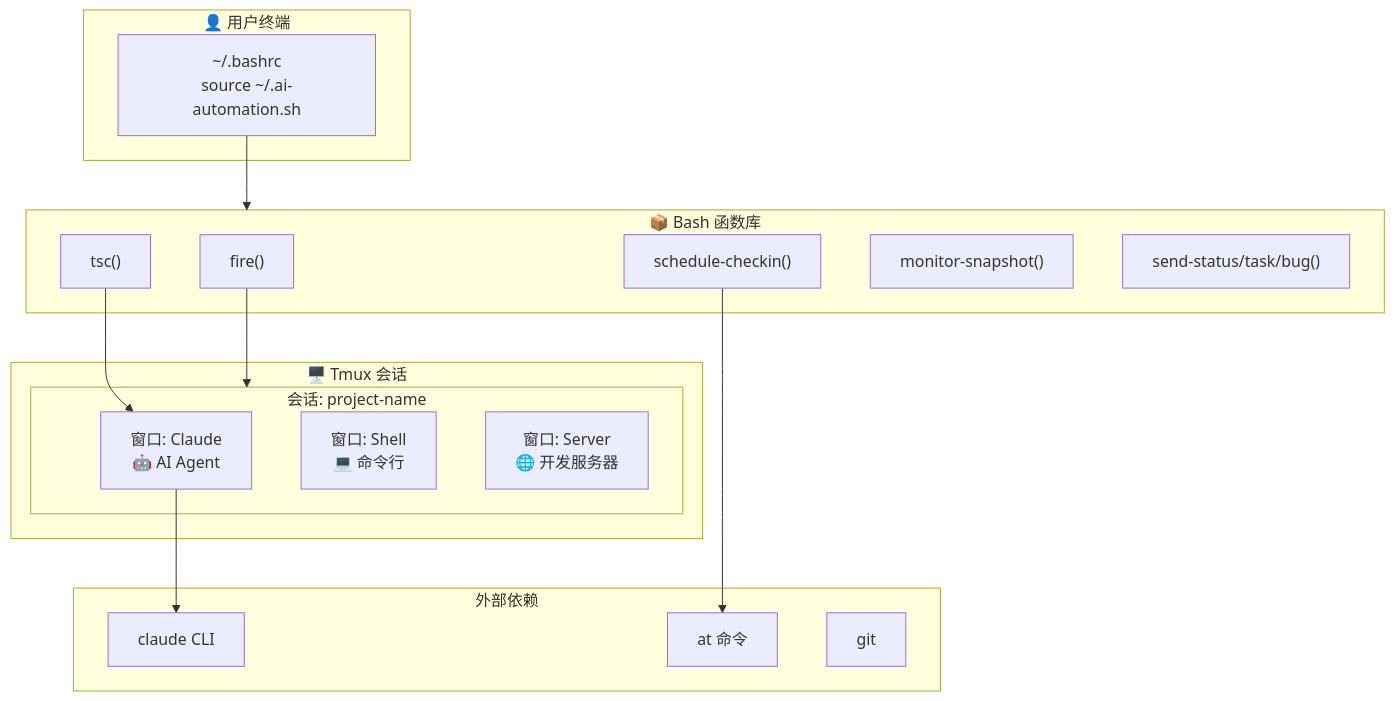
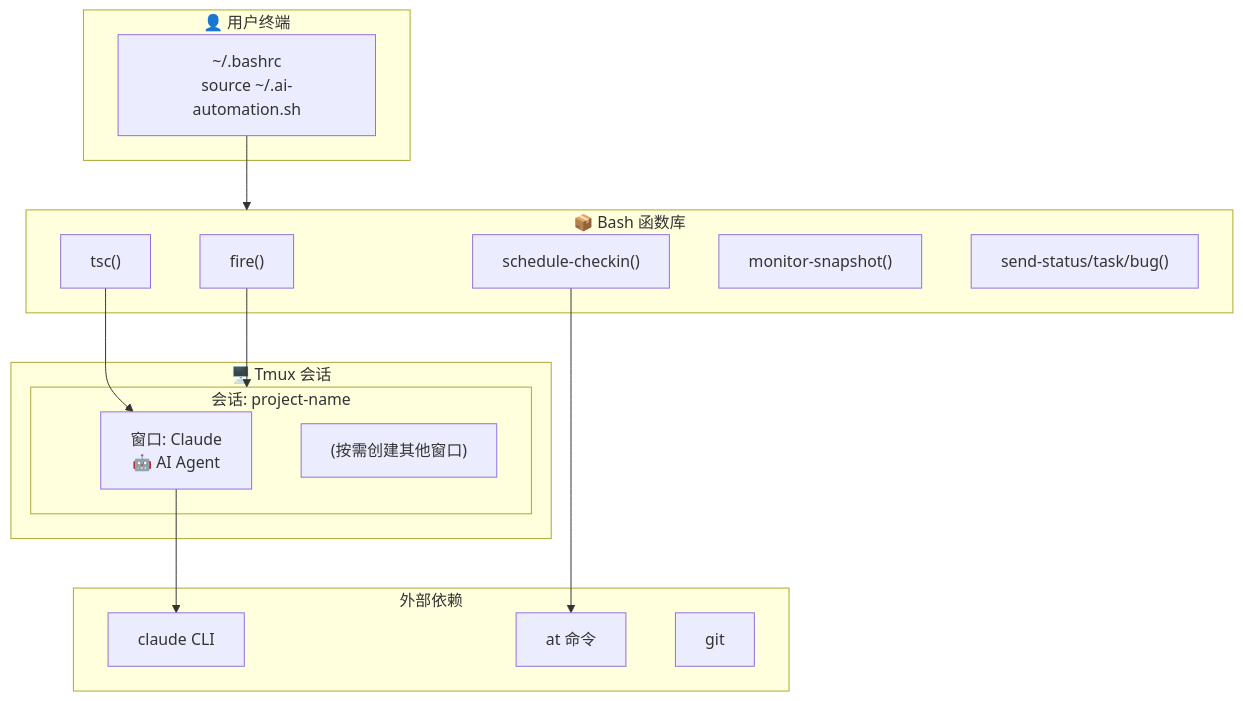
One commit to coolwoo/Tmux-AI-Team changed the second of 5 diagrams in CLAUDE.md. Above: the diagram before and after it, drawn with Mermaid. The commit also changed other lines of this file and 5 other files, not shown here.

````diff
--- a/CLAUDE.md
+++ b/CLAUDE.md
@@ -66,34 +79,33 @@
 ```mermaid
 flowchart TB
     subgraph User["👤 用户终端"]
         BASH["~/.bashrc<br/>source ~/.ai-automation.sh"]
     end
 
     subgraph Functions["📦 Bash 函数库"]
         FIRE["fire()"]
         TSC["tsc()"]
         SCHED["schedule-checkin()"]
         MONITOR["monitor-snapshot()"]
         COMM["send-status/task/bug()"]
     end
 
     subgraph Tmux["🖥️ Tmux 会话"]
         subgraph Session["会话: project-name"]
             W1["窗口: Claude<br/>🤖 AI Agent"]
-            W2["窗口: Shell<br/>💻 命令行"]
-            W3["窗口: Server<br/>🌐 开发服务器"]
+            W2["(按需创建其他窗口)"]
         end
     end
 
     subgraph External["外部依赖"]
         CLAUDE_CMD["claude CLI"]
         AT["at 命令"]
         GIT["git"]
     end
 
     BASH --> Functions
     FIRE --> Session
     TSC --> W1
     W1 --> CLAUDE_CMD
     SCHED --> AT
 ```
````
